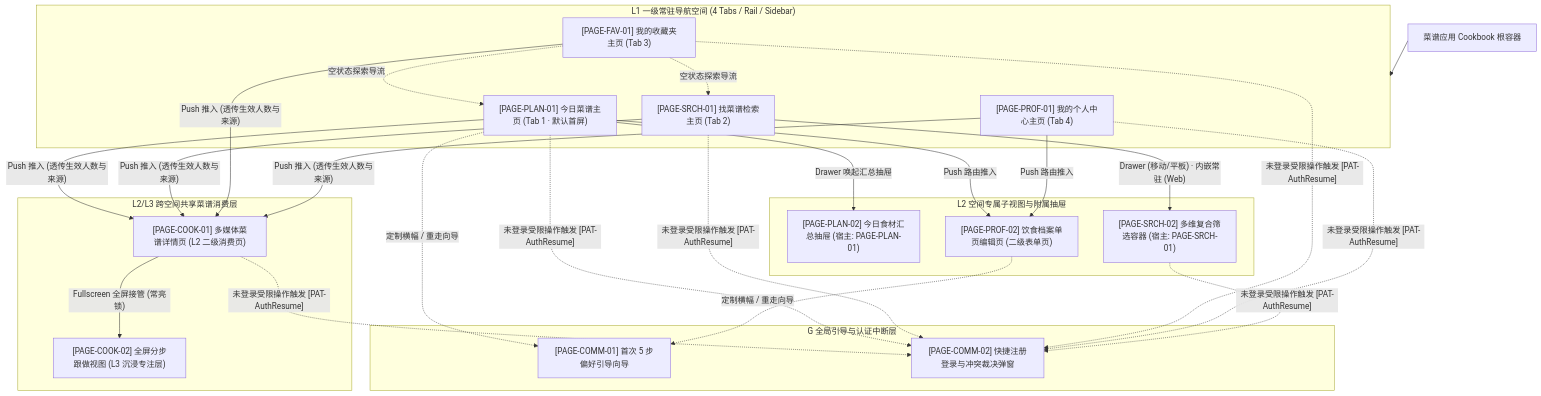
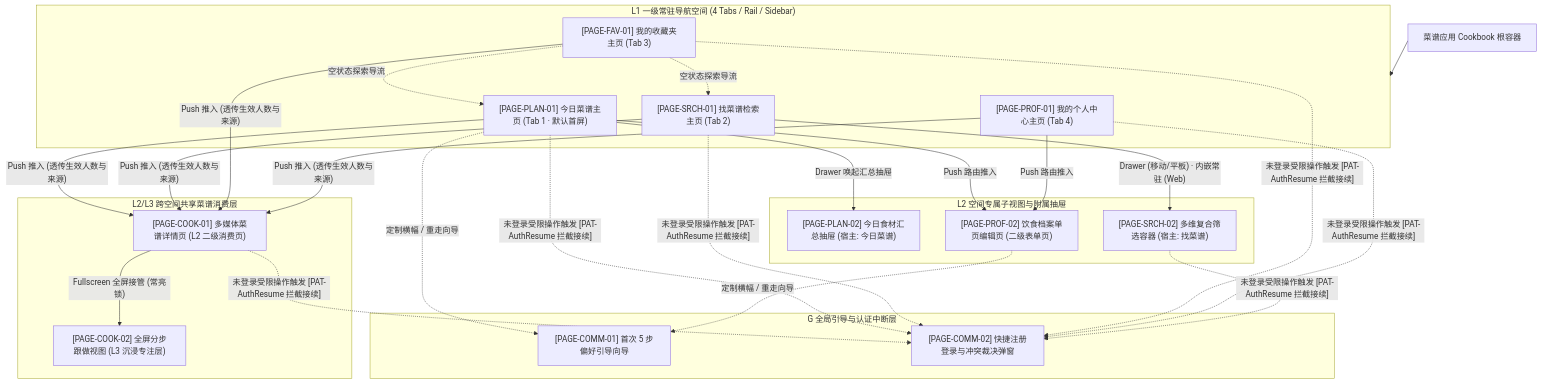
One commit to icecream154/Cookbook changed the diagram in Product/spec/04-ia-and-flows/ia-and-shell.md. Above: the diagram before and after it, drawn with Mermaid. The commit also changed other lines of this file and 43 other files, not shown here.

````diff
--- a/Product/spec/04-ia-and-flows/ia-and-shell.md
+++ b/Product/spec/04-ia-and-flows/ia-and-shell.md
@@ -14,39 +14,39 @@
 ```mermaid
 flowchart TD
     APP["菜谱应用 Cookbook 根容器"]
 
     subgraph L1_PRIMARY ["L1 一级常驻导航空间 (4 Tabs / Rail / Sidebar)"]
         T1["[PAGE-PLAN-01] 今日菜谱主页 (Tab 1 · 默认首屏)"]
         T2["[PAGE-SRCH-01] 找菜谱检索主页 (Tab 2)"]
         T3["[PAGE-FAV-01] 我的收藏夹主页 (Tab 3)"]
         T4["[PAGE-PROF-01] 我的个人中心主页 (Tab 4)"]
     end
 
     subgraph L2_SCOPED ["L2 空间专属子视图与附属抽屉"]
-        S_PLAN["[PAGE-PLAN-02] 今日食材汇总抽屉 (宿主: PAGE-PLAN-01)"]
-        S_SRCH["[PAGE-SRCH-02] 多维复合筛选容器 (宿主: PAGE-SRCH-01)"]
+        S_PLAN["[PAGE-PLAN-02] 今日食材汇总抽屉 (宿主: 今日菜谱)"]
+        S_SRCH["[PAGE-SRCH-02] 多维复合筛选容器 (宿主: 找菜谱)"]
         S_PROF["[PAGE-PROF-02] 饮食档案单页编辑页 (二级表单页)"]
     end
 
     subgraph SHARED_COOK ["L2/L3 跨空间共享菜谱消费层"]
         D_MAIN["[PAGE-COOK-01] 多媒体菜谱详情页 (L2 二级消费页)"]
         D_FOCUS["[PAGE-COOK-02] 全屏分步跟做视图 (L3 沉浸专注层)"]
     end
 
     subgraph GLOBAL_INTERCEPT ["G 全局引导与认证中断层"]
         C_WIZ["[PAGE-COMM-01] 首次 5 步偏好引导向导"]
         C_AUTH["[PAGE-COMM-02] 快捷注册登录与冲突裁决弹窗"]
     end
 
     APP --> L1_PRIMARY
     T1 -- "Drawer 唤起汇总抽屉" --> S_PLAN
     T2 -- "Drawer (移动/平板) · 内嵌常驻 (Web)" --> S_SRCH
     T1 & T4 -- "Push 路由推入" --> S_PROF
 
     T1 & T2 & T3 & T4 -- "Push 推入 (透传生效人数与来源)" --> D_MAIN
     D_MAIN -- "Fullscreen 全屏接管 (常亮锁)" --> D_FOCUS
 
     T1 & S_PROF -. "定制横幅 / 重走向导" .-> C_WIZ
     T3 -. "空状态探索导流" .-> T1 & T2
-    T1 & T2 & T3 & T4 & S_SRCH & D_MAIN -. "未登录受限操作触发 [PAT-AuthResume]" .-> C_AUTH
+    T1 & T2 & T3 & T4 & S_SRCH & D_MAIN -. "未登录受限操作触发 [PAT-AuthResume 拦截接续]" .-> C_AUTH
 ```
````
